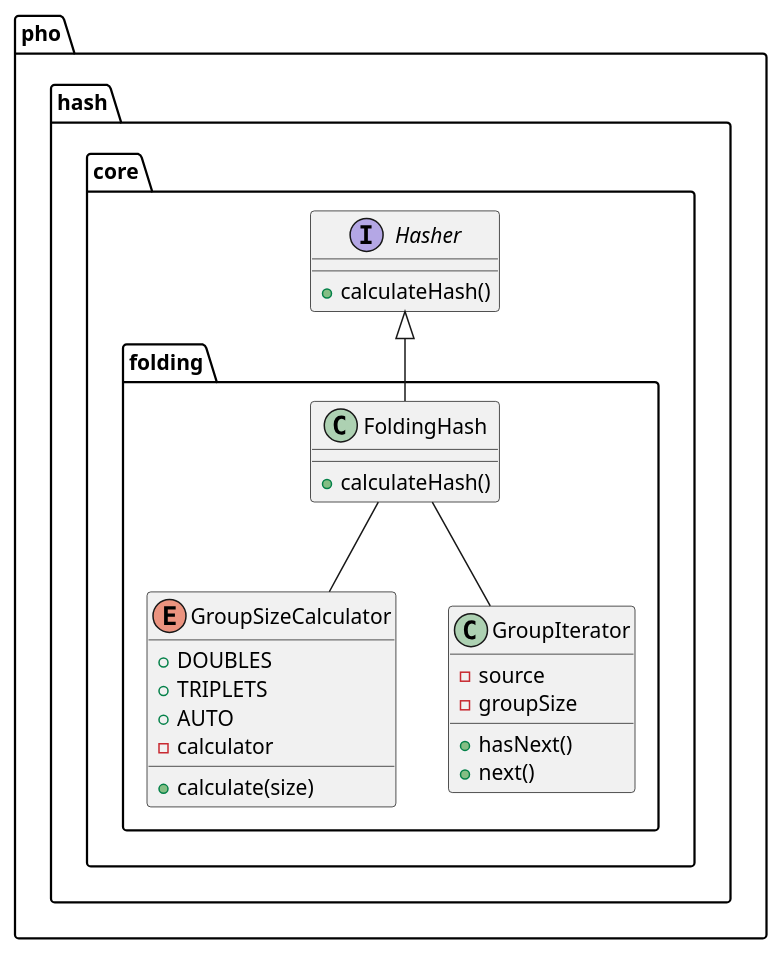
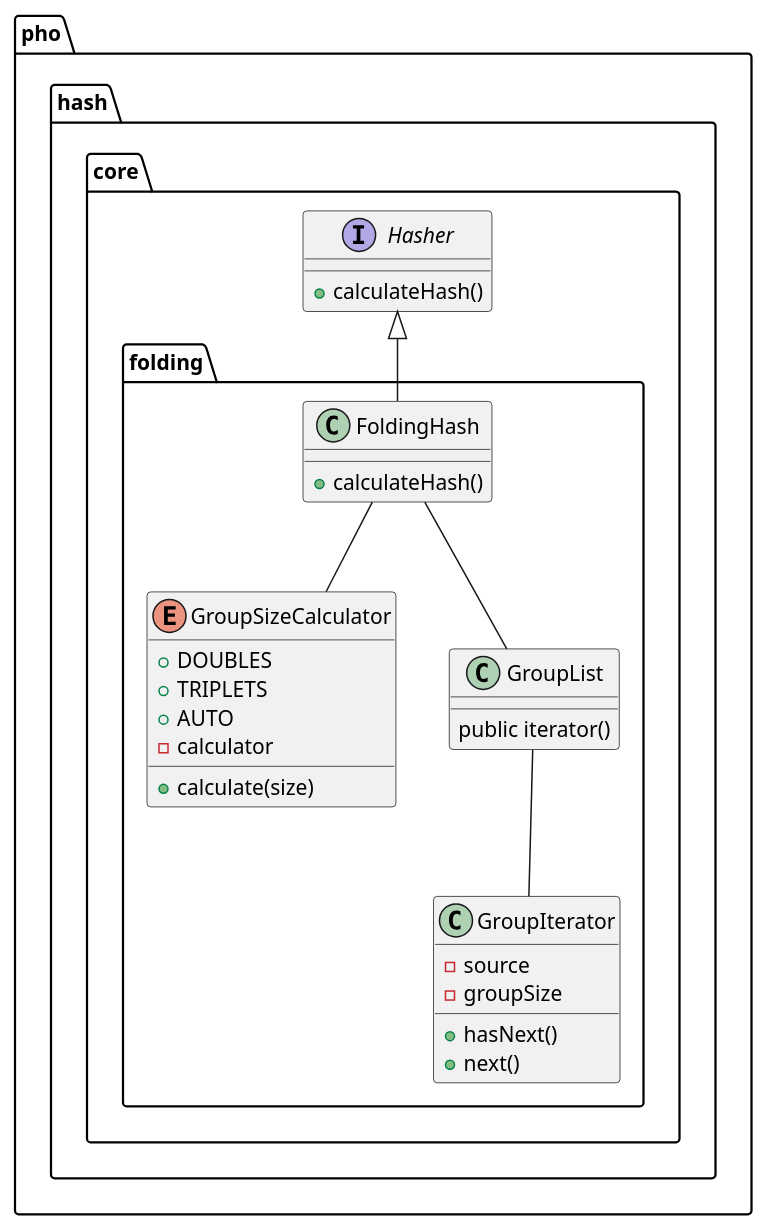
Before and after one commit to ortolanph/FoldingHash: the diagram in diagram/FoldingHashDiagram.puml, drawn with PlantUML. The commit also changed 6 other files, not shown here.

```diff
--- a/diagram/FoldingHashDiagram.puml
+++ b/diagram/FoldingHashDiagram.puml
@@ -1,35 +1,41 @@
 @startuml
 
 package pho.hash.core {
     interface Hasher {
         + calculateHash()
     }
 
     package folding {
         class FoldingHash {
             + calculateHash()
         }
 
         enum GroupSizeCalculator {
             + DOUBLES
             + TRIPLETS
             + AUTO
             - calculator
             + calculate(size)
         }
 
+        class GroupList {
+            public iterator()
+        }
+
         class GroupIterator {
             - source
             - groupSize
             + hasNext()
             + next()
         }
     }
 }
 
 Hasher <|-- FoldingHash
 
 FoldingHash -- GroupSizeCalculator
-FoldingHash -- GroupIterator
+FoldingHash -- GroupList
+GroupList -- GroupIterator
+
 
 @enduml
```
